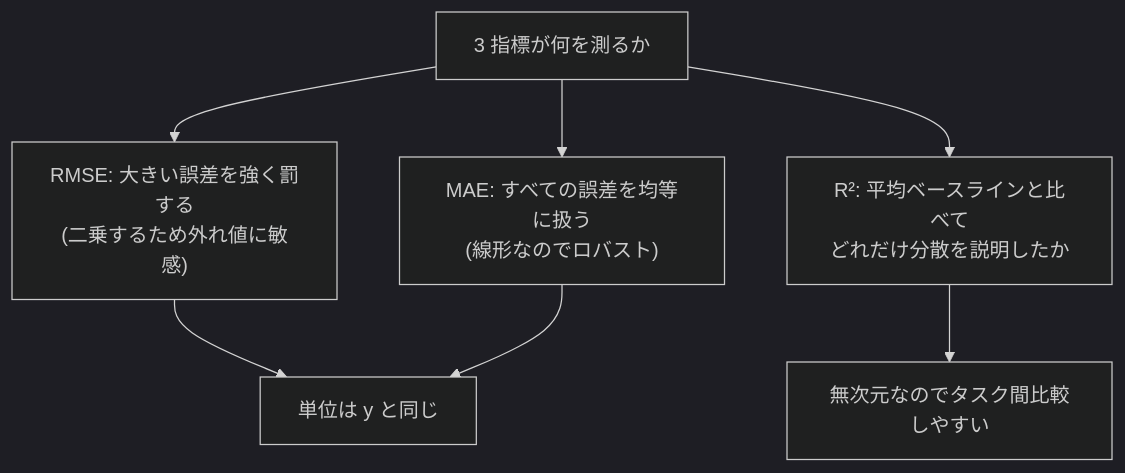
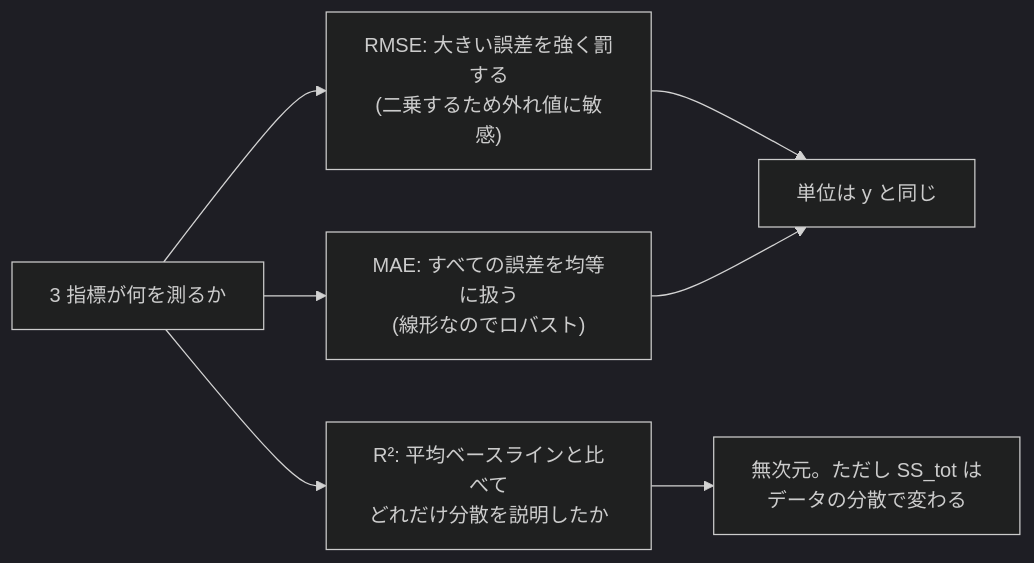
One commit to nao1215/debimate changed the diagram in projects/ml/notes/ml/regression-metrics/index.md. Above: the diagram before and after it, drawn with Mermaid (dark theme). The commit also changed other lines of this file and 19 other files, not shown here.

````diff
--- a/projects/ml/notes/ml/regression-metrics/index.md
+++ b/projects/ml/notes/ml/regression-metrics/index.md
@@ -28,10 +32,10 @@
 ```mermaid
-graph TD
+flowchart LR
     A["3 指標が何を測るか"]
     A --> B["RMSE: 大きい誤差を強く罰する<br/>(二乗するため外れ値に敏感)"]
     A --> C["MAE: すべての誤差を均等に扱う<br/>(線形なのでロバスト)"]
     A --> D["R²: 平均ベースラインと比べて<br/>どれだけ分散を説明したか"]
     B --> E["単位は y と同じ"]
     C --> E
-    D --> F["無次元なのでタスク間比較しやすい"]
+    D --> F["無次元。ただし SS_tot は<br/>データの分散で変わる"]
 ```
````
